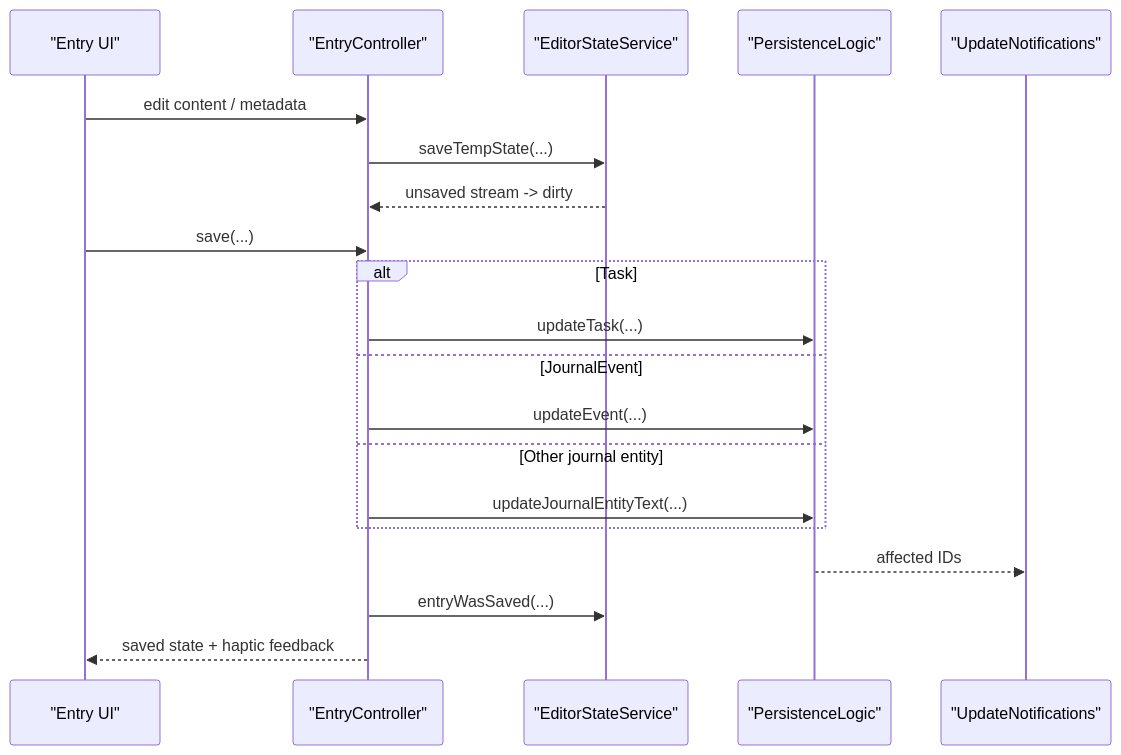
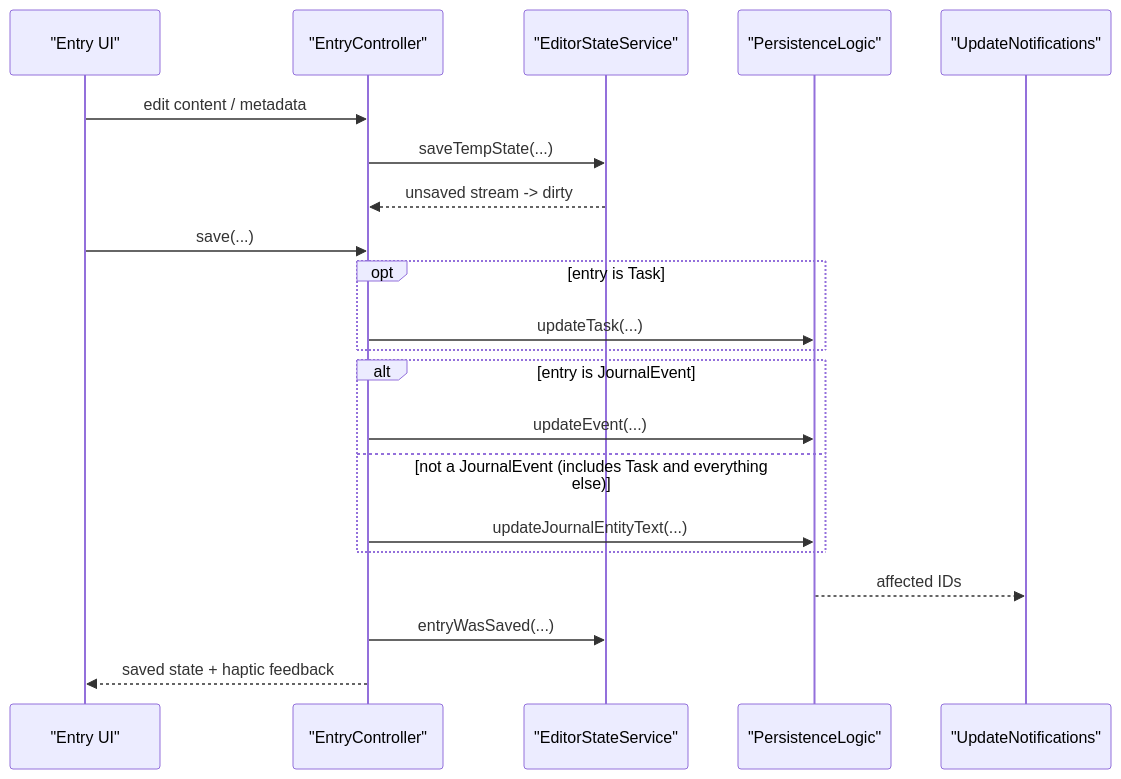
Before and after one commit to matthiasn/lotti: the third of 5 diagrams in lib/features/journal/README.md, drawn with Mermaid. The commit also changed other lines of this file and 43 other files, not shown here.

````diff
--- a/lib/features/journal/README.md
+++ b/lib/features/journal/README.md
@@ -145,23 +145,24 @@
 ```mermaid
 sequenceDiagram
   participant UI as "Entry UI"
   participant Ctl as "EntryController"
   participant Draft as "EditorStateService"
   participant Persist as "PersistenceLogic"
   participant Notify as "UpdateNotifications"
 
   UI->>Ctl: edit content / metadata
   Ctl->>Draft: saveTempState(...)
   Draft-->>Ctl: unsaved stream -> dirty
   UI->>Ctl: save(...)
-  alt Task
+  opt entry is Task
     Ctl->>Persist: updateTask(...)
-  else JournalEvent
+  end
+  alt entry is JournalEvent
     Ctl->>Persist: updateEvent(...)
-  else Other journal entity
+  else not a JournalEvent (includes Task and everything else)
     Ctl->>Persist: updateJournalEntityText(...)
   end
   Persist-->>Notify: affected IDs
   Ctl->>Draft: entryWasSaved(...)
   Ctl-->>UI: saved state + haptic feedback
 ```
````
